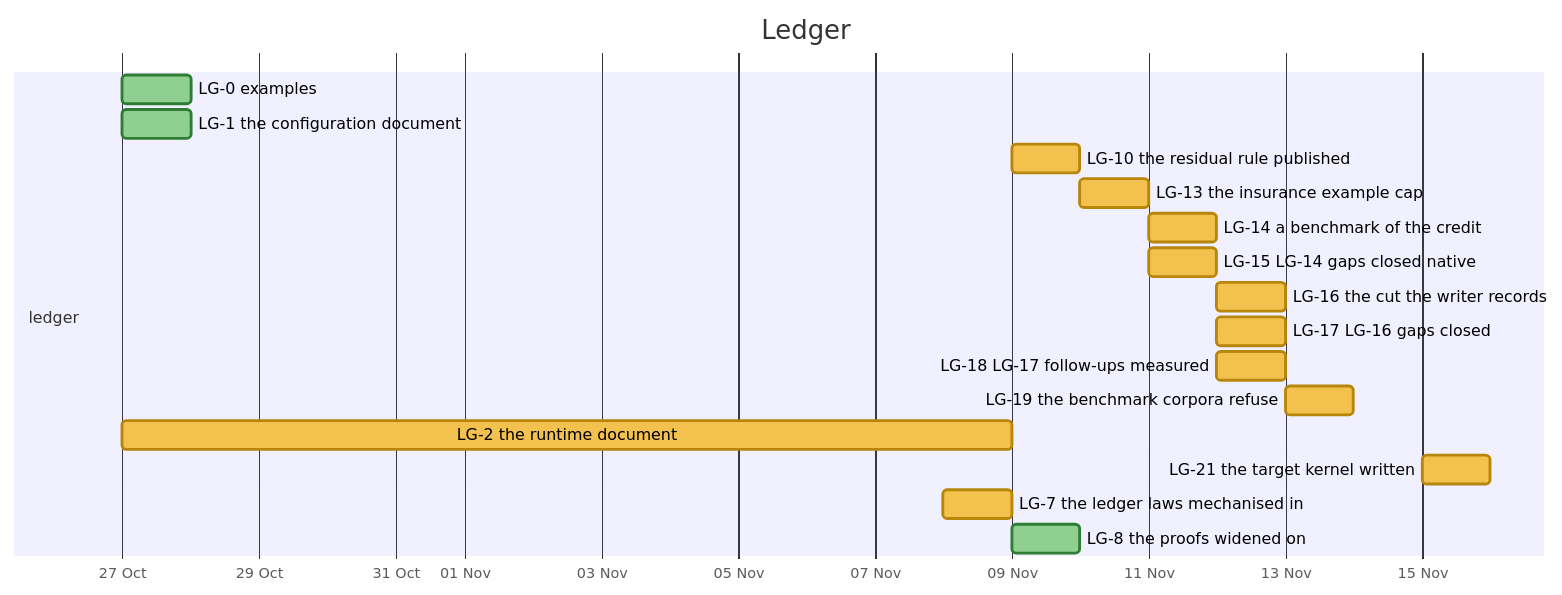
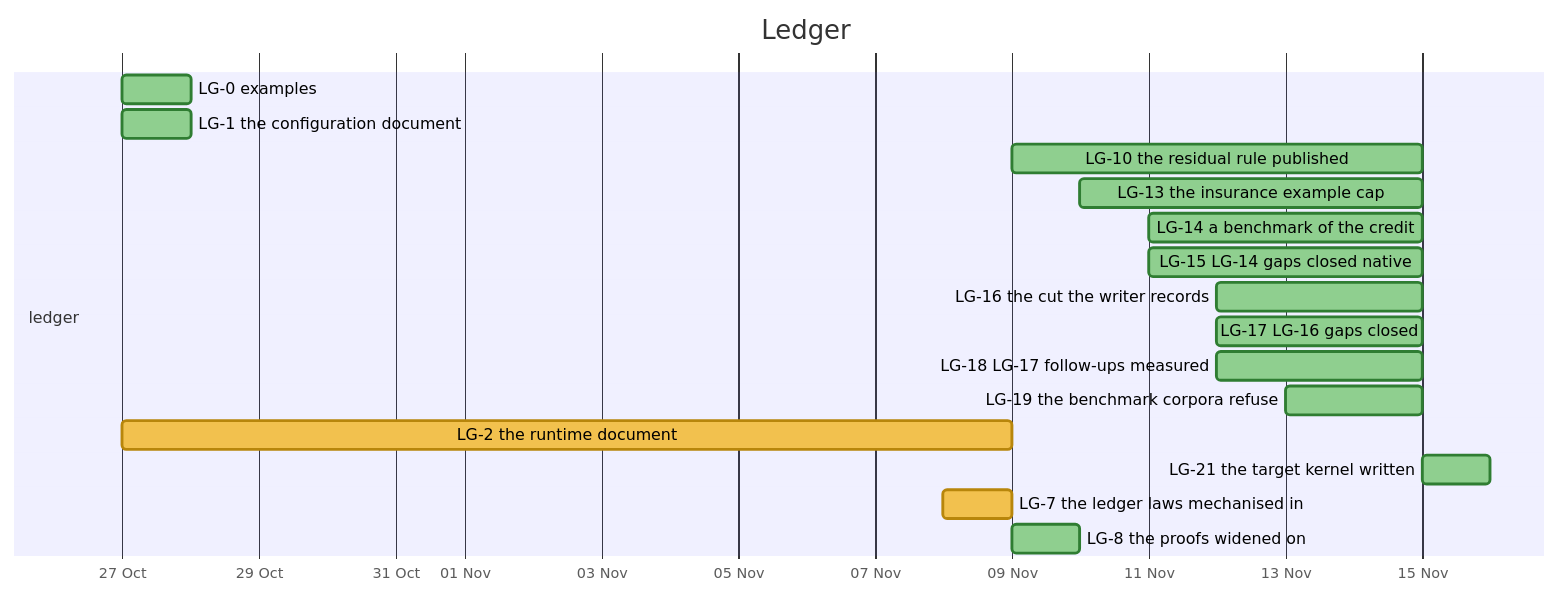
The tenth of 31 diagrams in docs/developer/ROADMAP.md (nebularis/lattice), drawn with Mermaid before and after one commit. The commit also changed other lines of this file and 2 other files, not shown here.

Commit message:
[ledger] Record the merge on the ledger board and refresh ROADMAP's regions
LG-10 and LG-13 to LG-19 and LG-21 are marked merged on 2026-11-15, each
still awaiting verification. The roadmap's board regions are regenerated
after the merge.

Placement: T0, substrate records
AI-Content: substantial

````diff
--- a/docs/developer/ROADMAP.md
+++ b/docs/developer/ROADMAP.md
@@ -334,22 +334,22 @@
 ```mermaid
 %%{init: {"themeVariables": {"taskBkgColor": "#f2c14e", "taskBorderColor": "#b8860b", "taskTextColor": "#000000", "activeTaskBkgColor": "#4e9af1", "activeTaskBorderColor": "#1f5fbf", "activeTaskBorderColor": "#1f5fbf", "doneTaskBkgColor": "#8fcf8f", "doneTaskBorderColor": "#2f7d32", "critBkgColor": "#f28b82", "critBorderColor": "#b23a30", "taskTextDarkColor": "#000000", "taskTextLightColor": "#000000"}}}%%
 gantt
     title Ledger
     dateFormat YYYY-MM-DD
     axisFormat %d %b
     section ledger
     LG-0 examples :done, lg0, 2026-10-27, 2026-10-28
     LG-1 the configuration document :done, lg1, 2026-10-27, 2026-10-28
-    LG-10 the residual rule published :lg10, 2026-11-09, 2026-11-10
-    LG-13 the insurance example cap :lg13, 2026-11-10, 2026-11-11
-    LG-14 a benchmark of the credit :lg14, 2026-11-11, 2026-11-12
-    LG-15 LG-14 gaps closed native :lg15, 2026-11-11, 2026-11-12
-    LG-16 the cut the writer records :lg16, 2026-11-12, 2026-11-13
-    LG-17 LG-16 gaps closed :lg17, 2026-11-12, 2026-11-13
-    LG-18 LG-17 follow-ups measured :lg18, 2026-11-12, 2026-11-13
-    LG-19 the benchmark corpora refuse :lg19, 2026-11-13, 2026-11-14
+    LG-10 the residual rule published :done, lg10, 2026-11-09, 2026-11-15
+    LG-13 the insurance example cap :done, lg13, 2026-11-10, 2026-11-15
+    LG-14 a benchmark of the credit :done, lg14, 2026-11-11, 2026-11-15
+    LG-15 LG-14 gaps closed native :done, lg15, 2026-11-11, 2026-11-15
+    LG-16 the cut the writer records :done, lg16, 2026-11-12, 2026-11-15
+    LG-17 LG-16 gaps closed :done, lg17, 2026-11-12, 2026-11-15
+    LG-18 LG-17 follow-ups measured :done, lg18, 2026-11-12, 2026-11-15
+    LG-19 the benchmark corpora refuse :done, lg19, 2026-11-13, 2026-11-15
     LG-2 the runtime document :lg2, 2026-10-27, 2026-11-09
-    LG-21 the target kernel written :lg21, 2026-11-15, 2026-11-16
+    LG-21 the target kernel written :done, lg21, 2026-11-15, 2026-11-16
     LG-7 the ledger laws mechanised in :lg7, 2026-11-08, 2026-11-09
     LG-8 the proofs widened on :done, lg8, 2026-11-09, 2026-11-10
 ```
````
